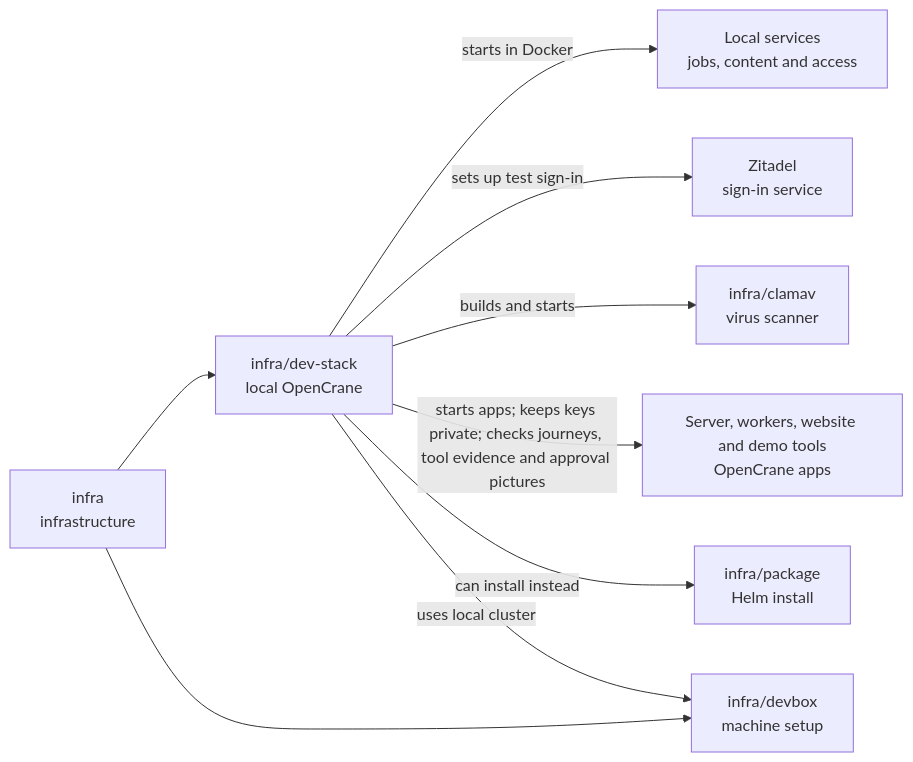
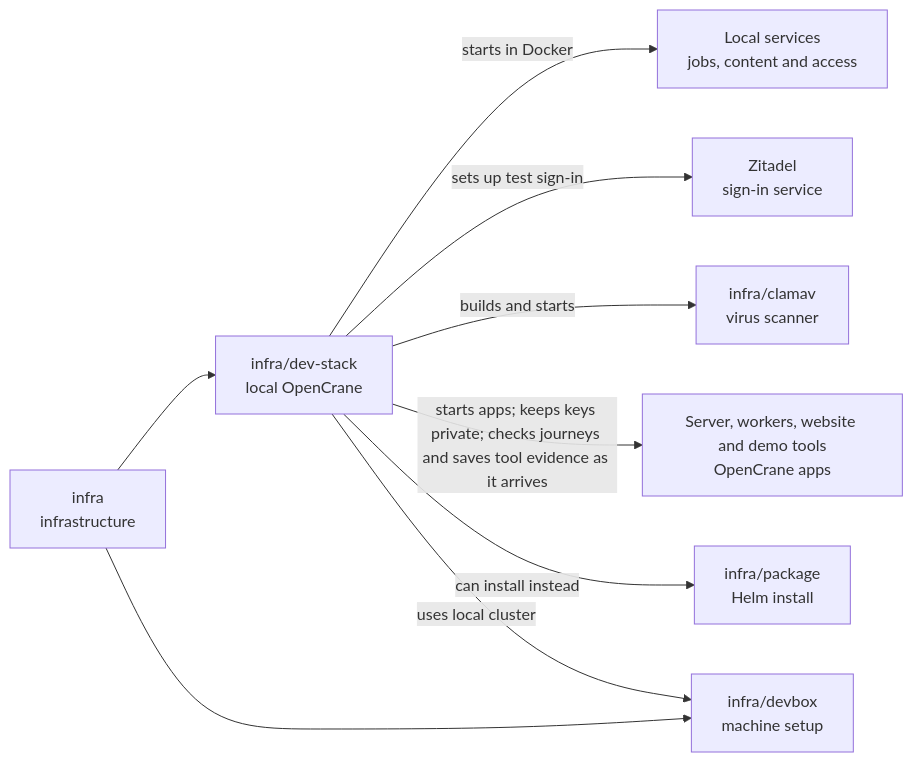
The diagram in infra/dev-stack/README.md (elewa-git/opencrane-new), drawn with Mermaid before and after one commit. The commit also changed other lines of this file and 9 other files, not shown here.

Commit message:
💾 Save demo evidence as soon as it arrives

````diff
--- a/infra/dev-stack/README.md
+++ b/infra/dev-stack/README.md
@@ -16,11 +16,11 @@
 ```mermaid
 flowchart LR
   infra["infra<br/>infrastructure"] --> stack["infra/dev-stack<br/>local OpenCrane"]
   infra --> devbox["infra/devbox<br/>machine setup"]
   stack -->|starts in Docker| services["Local services<br/>jobs, content and access"]
   stack -->|sets up test sign-in| zitadel["Zitadel<br/>sign-in service"]
   stack -->|builds and starts| clamav["infra/clamav<br/>virus scanner"]
-  stack -->|starts apps; keeps keys private; checks journeys, tool evidence and approval pictures| apps["Server, workers, website and demo tools<br/>OpenCrane apps"]
+  stack -->|starts apps; keeps keys private; checks journeys and saves tool evidence as it arrives| apps["Server, workers, website and demo tools<br/>OpenCrane apps"]
   stack -->|can install instead| package["infra/package<br/>Helm install"]
   stack -->|uses local cluster| devbox
 ```
````
